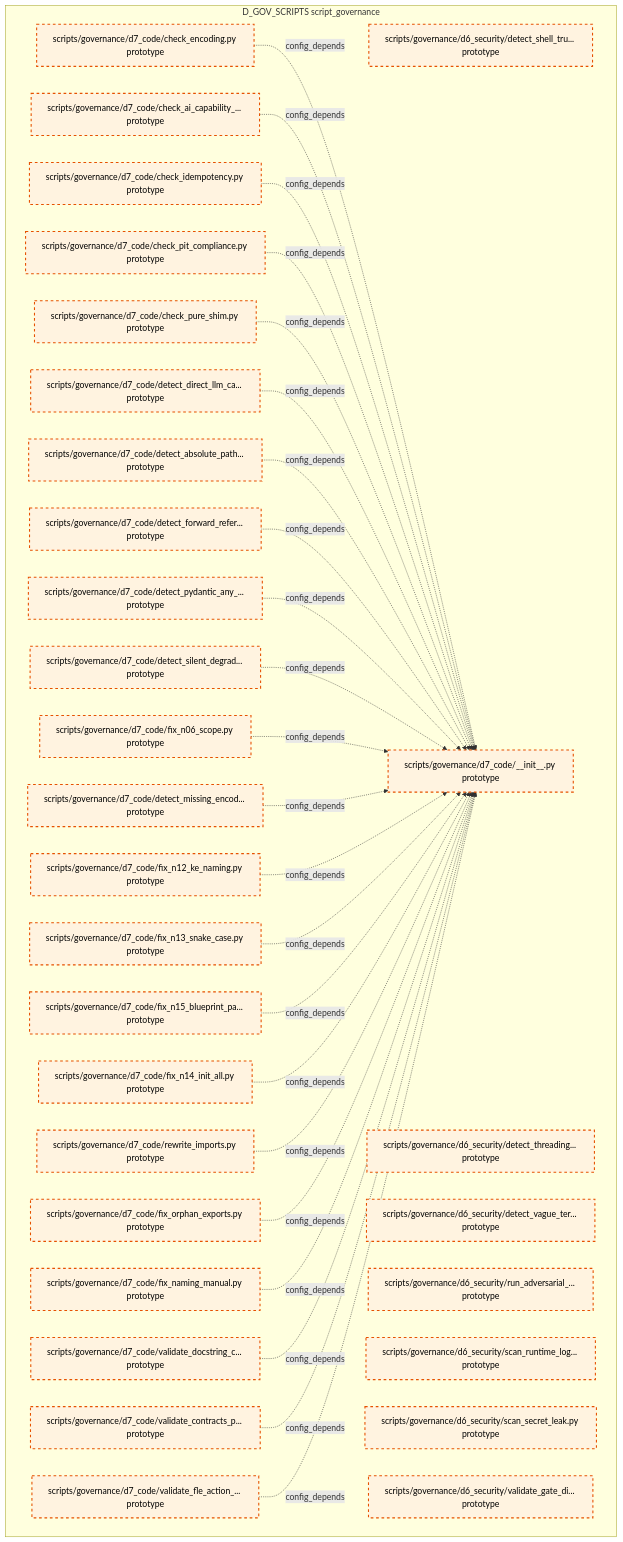
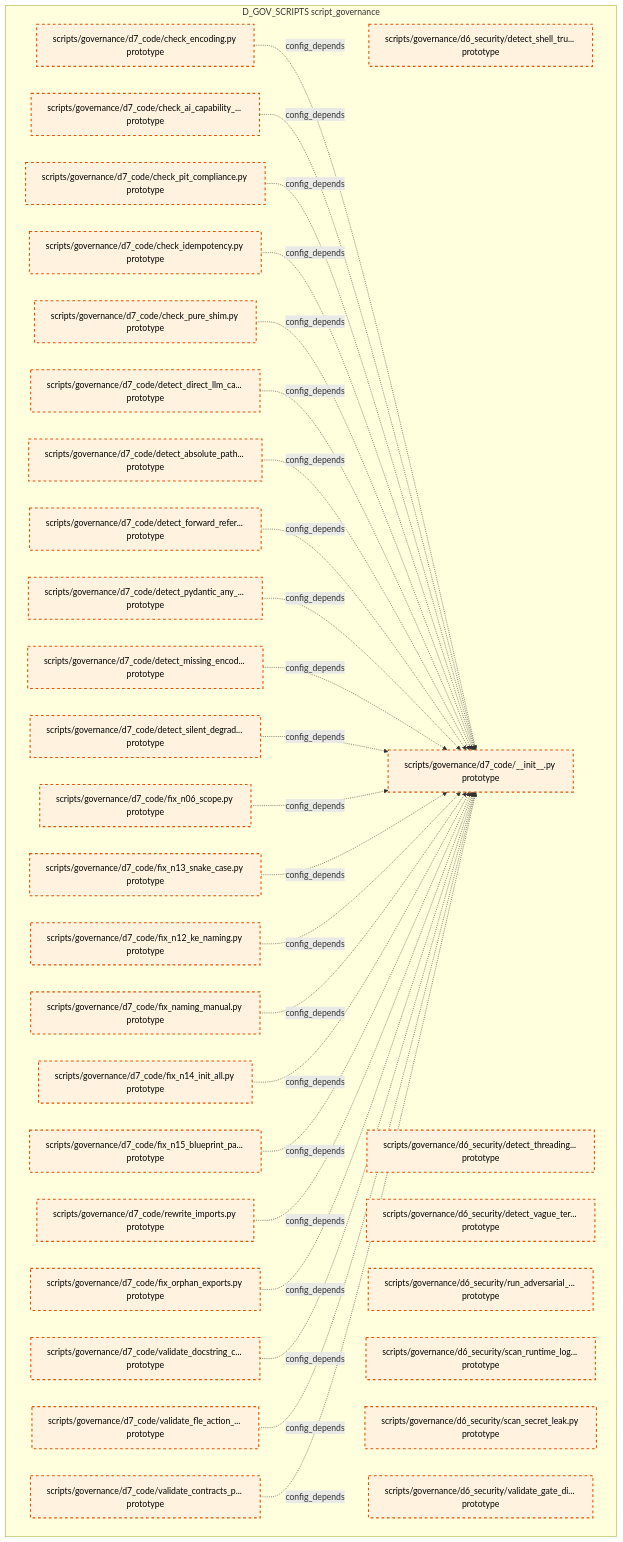
The tenth of 15 diagrams in docs/02_enterprise_architecture/02_domain_architecture_docs/36_d_gov_scripts.md (xuanFelixVan/ZephyrAlpha), drawn with Mermaid before and after one commit. The commit also changed other lines of this file and 99 other files, not shown here.

````diff
--- a/docs/02_enterprise_architecture/02_domain_architecture_docs/36_d_gov_scripts.md
+++ b/docs/02_enterprise_architecture/02_domain_architecture_docs/36_d_gov_scripts.md
@@ -690,62 +690,62 @@
 ```mermaid
 graph TD
     subgraph D_GOV_SCRIPTS["D_GOV_SCRIPTS script_governance"]
         scripts_governance_d6_security_detect_shell_true_py["scripts/governance/d6_security/detect_shell_tru... prototype"]
         scripts_governance_d6_security_detect_threading_lock_py["scripts/governance/d6_security/detect_threading... prototype"]
         scripts_governance_d6_security_detect_vague_terms_py["scripts/governance/d6_security/detect_vague_ter... prototype"]
         scripts_governance_d6_security_run_adversarial_checks_py["scripts/governance/d6_security/run_adversarial_... prototype"]
         scripts_governance_d6_security_scan_runtime_log_secrets_py["scripts/governance/d6_security/scan_runtime_log... prototype"]
         scripts_governance_d6_security_scan_secret_leak_py["scripts/governance/d6_security/scan_secret_leak.py prototype"]
         scripts_governance_d6_security_validate_gate_discipline_py["scripts/governance/d6_security/validate_gate_di... prototype"]
         scripts_governance_d7_code_init_py["scripts/governance/d7_code/__init__.py prototype"]
         scripts_governance_d7_code_check_ai_capability_boundary_py["scripts/governance/d7_code/check_ai_capability_... prototype"]
         scripts_governance_d7_code_check_encoding_py["scripts/governance/d7_code/check_encoding.py prototype"]
         scripts_governance_d7_code_check_idempotency_py["scripts/governance/d7_code/check_idempotency.py prototype"]
         scripts_governance_d7_code_check_pit_compliance_py["scripts/governance/d7_code/check_pit_compliance.py prototype"]
         scripts_governance_d7_code_check_pure_shim_py["scripts/governance/d7_code/check_pure_shim.py prototype"]
         scripts_governance_d7_code_detect_absolute_path_hardcoding_py["scripts/governance/d7_code/detect_absolute_path... prototype"]
         scripts_governance_d7_code_detect_direct_llm_calls_py["scripts/governance/d7_code/detect_direct_llm_ca... prototype"]
         scripts_governance_d7_code_detect_forward_reference_py["scripts/governance/d7_code/detect_forward_refer... prototype"]
         scripts_governance_d7_code_detect_missing_encoding_py["scripts/governance/d7_code/detect_missing_encod... prototype"]
         scripts_governance_d7_code_detect_pydantic_any_fields_py["scripts/governance/d7_code/detect_pydantic_any_... prototype"]
         scripts_governance_d7_code_detect_silent_degradation_py["scripts/governance/d7_code/detect_silent_degrad... prototype"]
         scripts_governance_d7_code_fix_n06_scope_py["scripts/governance/d7_code/fix_n06_scope.py prototype"]
         scripts_governance_d7_code_fix_n12_ke_naming_py["scripts/governance/d7_code/fix_n12_ke_naming.py prototype"]
         scripts_governance_d7_code_fix_n13_snake_case_py["scripts/governance/d7_code/fix_n13_snake_case.py prototype"]
         scripts_governance_d7_code_fix_n14_init_all_py["scripts/governance/d7_code/fix_n14_init_all.py prototype"]
         scripts_governance_d7_code_fix_n15_blueprint_path_py["scripts/governance/d7_code/fix_n15_blueprint_pa... prototype"]
         scripts_governance_d7_code_fix_naming_manual_py["scripts/governance/d7_code/fix_naming_manual.py prototype"]
         scripts_governance_d7_code_fix_orphan_exports_py["scripts/governance/d7_code/fix_orphan_exports.py prototype"]
         scripts_governance_d7_code_rewrite_imports_py["scripts/governance/d7_code/rewrite_imports.py prototype"]
         scripts_governance_d7_code_validate_contracts_purity_py["scripts/governance/d7_code/validate_contracts_p... prototype"]
         scripts_governance_d7_code_validate_docstring_coverage_py["scripts/governance/d7_code/validate_docstring_c... prototype"]
         scripts_governance_d7_code_validate_fle_action_metadata_py["scripts/governance/d7_code/validate_fle_action_... prototype"]
     end
     scripts_governance_d7_code_check_encoding_py -.->|config_depends| scripts_governance_d7_code_init_py
     scripts_governance_d7_code_check_ai_capability_boundary_py -.->|config_depends| scripts_governance_d7_code_init_py
+    scripts_governance_d7_code_check_pit_compliance_py -.->|config_depends| scripts_governance_d7_code_init_py
     scripts_governance_d7_code_check_idempotency_py -.->|config_depends| scripts_governance_d7_code_init_py
-    scripts_governance_d7_code_check_pit_compliance_py -.->|config_depends| scripts_governance_d7_code_init_py
     scripts_governance_d7_code_check_pure_shim_py -.->|config_depends| scripts_governance_d7_code_init_py
     scripts_governance_d7_code_detect_direct_llm_calls_py -.->|config_depends| scripts_governance_d7_code_init_py
     scripts_governance_d7_code_detect_absolute_path_hardcoding_py -.->|config_depends| scripts_governance_d7_code_init_py
     scripts_governance_d7_code_detect_forward_reference_py -.->|config_depends| scripts_governance_d7_code_init_py
     scripts_governance_d7_code_detect_pydantic_any_fields_py -.->|config_depends| scripts_governance_d7_code_init_py
+    scripts_governance_d7_code_detect_missing_encoding_py -.->|config_depends| scripts_governance_d7_code_init_py
     scripts_governance_d7_code_detect_silent_degradation_py -.->|config_depends| scripts_governance_d7_code_init_py
     scripts_governance_d7_code_fix_n06_scope_py -.->|config_depends| scripts_governance_d7_code_init_py
-    scripts_governance_d7_code_detect_missing_encoding_py -.->|config_depends| scripts_governance_d7_code_init_py
+    scripts_governance_d7_code_fix_n13_snake_case_py -.->|config_depends| scripts_governance_d7_code_init_py
     scripts_governance_d7_code_fix_n12_ke_naming_py -.->|config_depends| scripts_governance_d7_code_init_py
-    scripts_governance_d7_code_fix_n13_snake_case_py -.->|config_depends| scripts_governance_d7_code_init_py
+    scripts_governance_d7_code_fix_naming_manual_py -.->|config_depends| scripts_governance_d7_code_init_py
+    scripts_governance_d7_code_fix_n14_init_all_py -.->|config_depends| scripts_governance_d7_code_init_py
     scripts_governance_d7_code_fix_n15_blueprint_path_py -.->|config_depends| scripts_governance_d7_code_init_py
-    scripts_governance_d7_code_fix_n14_init_all_py -.->|config_depends| scripts_governance_d7_code_init_py
     scripts_governance_d7_code_rewrite_imports_py -.->|config_depends| scripts_governance_d7_code_init_py
     scripts_governance_d7_code_fix_orphan_exports_py -.->|config_depends| scripts_governance_d7_code_init_py
-    scripts_governance_d7_code_fix_naming_manual_py -.->|config_depends| scripts_governance_d7_code_init_py
     scripts_governance_d7_code_validate_docstring_coverage_py -.->|config_depends| scripts_governance_d7_code_init_py
+    scripts_governance_d7_code_validate_fle_action_metadata_py -.->|config_depends| scripts_governance_d7_code_init_py
     scripts_governance_d7_code_validate_contracts_purity_py -.->|config_depends| scripts_governance_d7_code_init_py
-    scripts_governance_d7_code_validate_fle_action_metadata_py -.->|config_depends| scripts_governance_d7_code_init_py
     classDef production fill:#e1f5fe,stroke:#01579b,stroke-width:2px,color:#000
     classDef design fill:#fff3e0,stroke:#e65100,stroke-width:2px,color:#000,stroke-dasharray: 5 5
     classDef external_prod fill:#e8f5e9,stroke:#1b5e20,stroke-width:1px,color:#000
     classDef external_design fill:#fce4ec,stroke:#880e4f,stroke-width:1px,color:#000,stroke-dasharray: 5 5
     class scripts_governance_d6_security_detect_shell_true_py,scripts_governance_d6_security_detect_threading_lock_py,scripts_governance_d6_security_detect_vague_terms_py,scripts_governance_d6_security_run_adversarial_checks_py,scripts_governance_d6_security_scan_runtime_log_secrets_py,scripts_governance_d6_security_scan_secret_leak_py,scripts_governance_d6_security_validate_gate_discipline_py,scripts_governance_d7_code_init_py,scripts_governance_d7_code_check_ai_capability_boundary_py,scripts_governance_d7_code_check_encoding_py,scripts_governance_d7_code_check_idempotency_py,scripts_governance_d7_code_check_pit_compliance_py,scripts_governance_d7_code_check_pure_shim_py,scripts_governance_d7_code_detect_absolute_path_hardcoding_py,scripts_governance_d7_code_detect_direct_llm_calls_py,scripts_governance_d7_code_detect_forward_reference_py,scripts_governance_d7_code_detect_missing_encoding_py,scripts_governance_d7_code_detect_pydantic_any_fields_py,scripts_governance_d7_code_detect_silent_degradation_py,scripts_governance_d7_code_fix_n06_scope_py,scripts_governance_d7_code_fix_n12_ke_naming_py,scripts_governance_d7_code_fix_n13_snake_case_py,scripts_governance_d7_code_fix_n14_init_all_py,scripts_governance_d7_code_fix_n15_blueprint_path_py,scripts_governance_d7_code_fix_naming_manual_py,scripts_governance_d7_code_fix_orphan_exports_py,scripts_governance_d7_code_rewrite_imports_py,scripts_governance_d7_code_validate_contracts_purity_py,scripts_governance_d7_code_validate_docstring_coverage_py,scripts_governance_d7_code_validate_fle_action_metadata_py design
 ```
````
